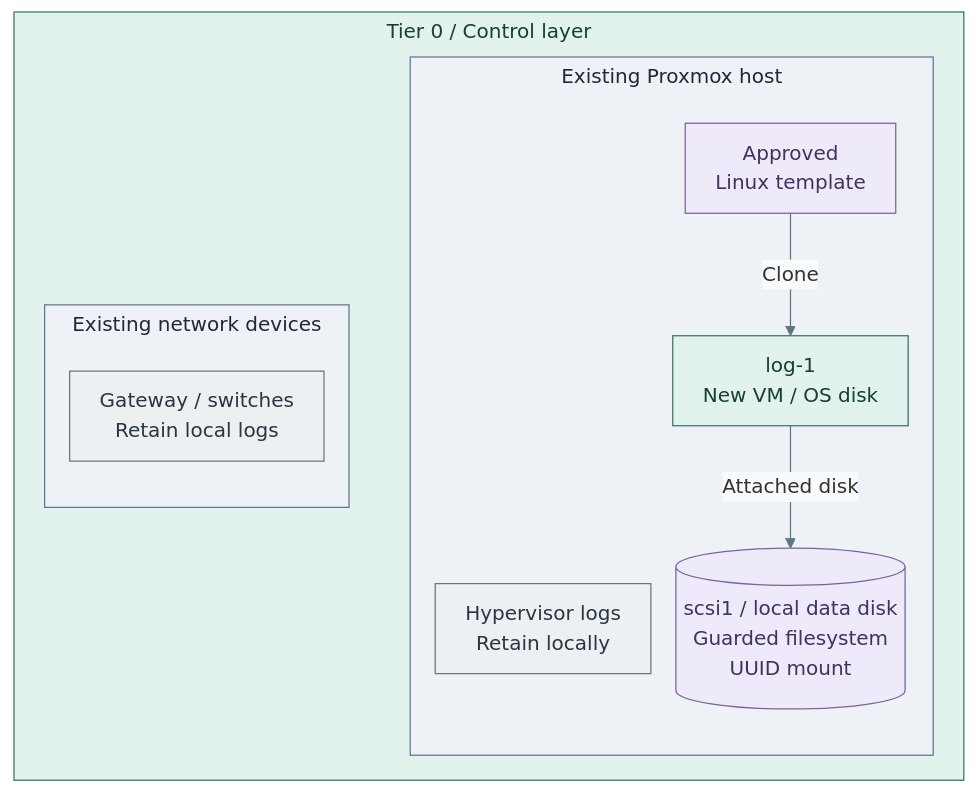
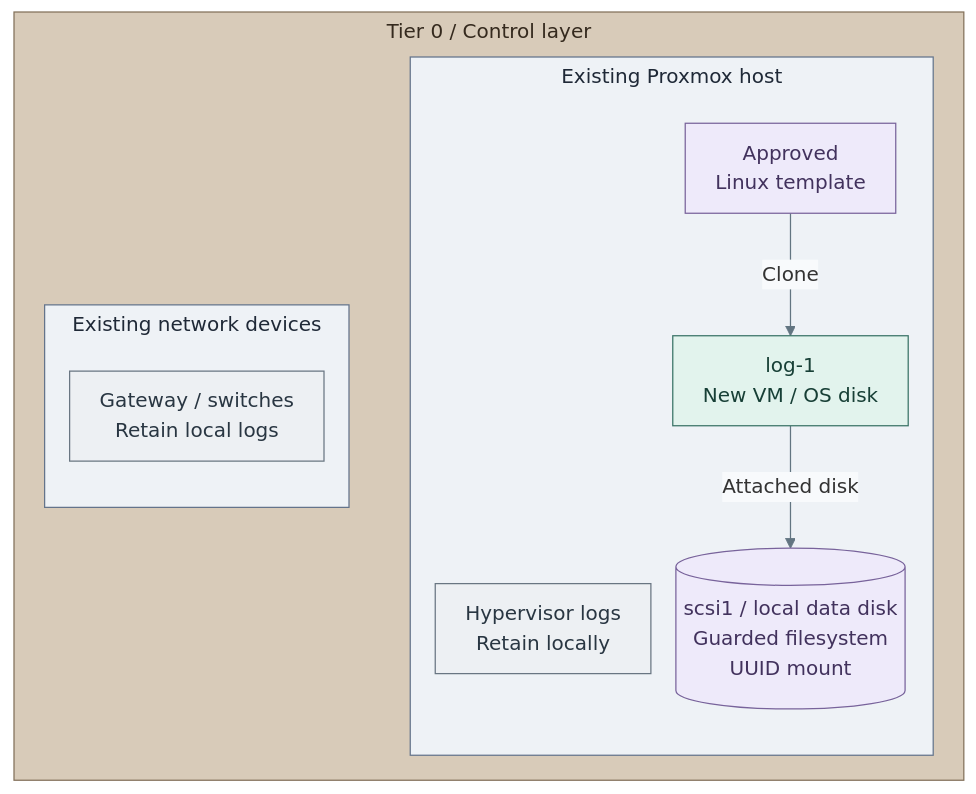
Before and after one commit to Rexus/homelab: the second of 3 diagrams in docs/03-deployment/stage-2-logging/README.md, drawn with Mermaid. The commit also changed other lines of this file and 108 other files, not shown here.

Commit message:
docs(diagrams): unify visual language and opening views

````diff
--- a/docs/03-deployment/stage-2-logging/README.md
+++ b/docs/03-deployment/stage-2-logging/README.md
@@ -152,29 +155,31 @@
 ```mermaid
 %%{init: {"theme":"base","flowchart":{"nodeSpacing":20,"rankSpacing":24,"padding":12,"subGraphTitleMargin":{"top":4,"bottom":12}},"themeVariables":{"lineColor":"#627581","edgeLabelBackground":"#f8fafc"}}}%%
 flowchart LR
   subgraph T0["Tier 0 / Control layer"]
     direction LR
     subgraph Infrastructure["Existing network devices"]
       Devices["Gateway / switches<br/>Retain local logs"]
     end
     subgraph PVE["Existing Proxmox host"]
       direction TB
       Host["Hypervisor logs<br/>Retain locally"]
       Template["Approved<br/>Linux template"]
       VM["log-1<br/>New VM / OS disk"]
       Data[("scsi1 / local data disk<br/>Guarded filesystem<br/>UUID mount")]
       Template -->|Clone| VM
       VM -->|Attached disk| Data
     end
     Infrastructure ~~~ PVE
   end
   classDef default fill:#f8fafc,stroke:#64748b,color:#1f2937
   classDef boundary fill:#eef2f6,stroke:#64748b,color:#1f2937
   classDef data fill:#eeeafa,stroke:#78639b,color:#42325d
   classDef control fill:#e2f3ed,stroke:#397366,color:#173f36
   classDef actor fill:#edf0f3,stroke:#697682,color:#293642
   class Infrastructure,PVE boundary
   class Template,Data data
-  class T0,VM control
+  class VM control
   class Devices,Host actor
+  classDef tier0 fill:#d8cbb9,stroke:#83715a,color:#352a1e
+  class T0 tier0
 ```
````
